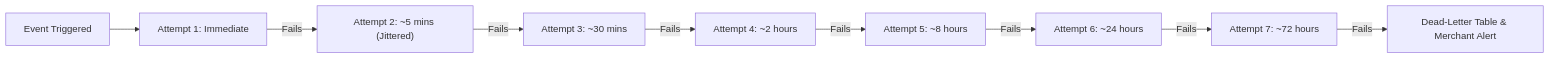
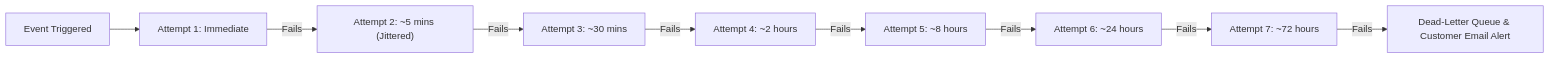
One commit to weaponxwolf/backend-engineering-mastry changed the fourth of 5 diagrams in docs/system-design/webhook-engine-workflows.mdx. Above: the diagram before and after it, drawn with Mermaid. The commit also changed other lines of this file and 15 other files, not shown here.

````diff
--- a/docs/system-design/webhook-engine-workflows.mdx
+++ b/docs/system-design/webhook-engine-workflows.mdx
@@ -108,11 +241,11 @@
 ```mermaid
 flowchart LR
-    E[Event Triggered] --> A1[Attempt 1: Immediate]
+    E[Event Triggered] --> A1["Attempt 1: Immediate"]
     A1 -->|Fails| A2["Attempt 2: ~5 mins (Jittered)"]
     A2 -->|Fails| A3["Attempt 3: ~30 mins"]
     A3 -->|Fails| A4["Attempt 4: ~2 hours"]
     A4 -->|Fails| A5["Attempt 5: ~8 hours"]
     A5 -->|Fails| A6["Attempt 6: ~24 hours"]
     A6 -->|Fails| A7["Attempt 7: ~72 hours"]
-    A7 -->|Fails| DLT[Dead-Letter Table & Merchant Alert]
+    A7 -->|Fails| DLT["Dead-Letter Queue & Customer Email Alert"]
 ```
````
